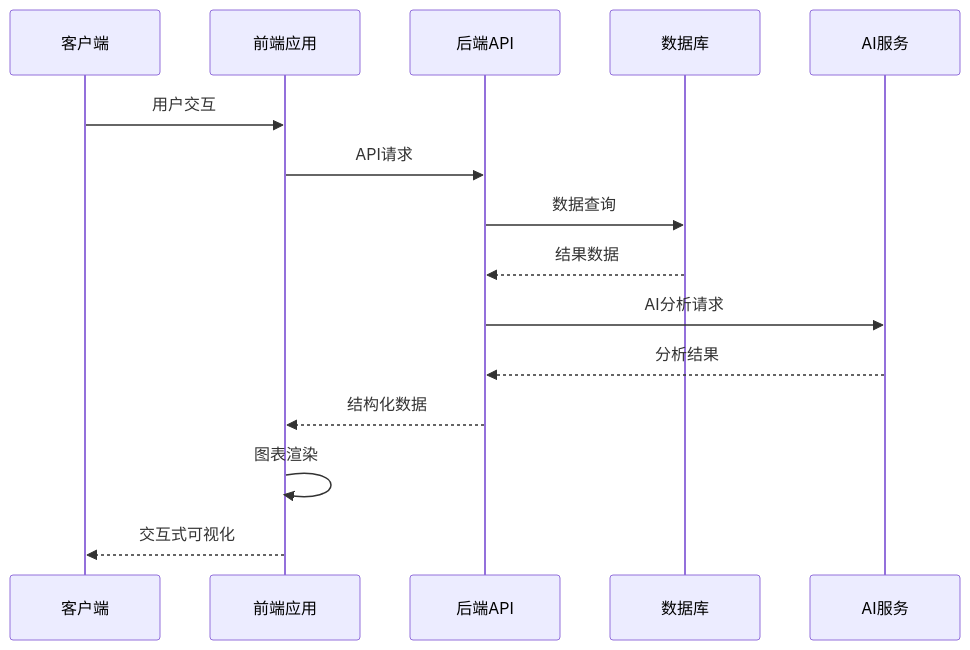
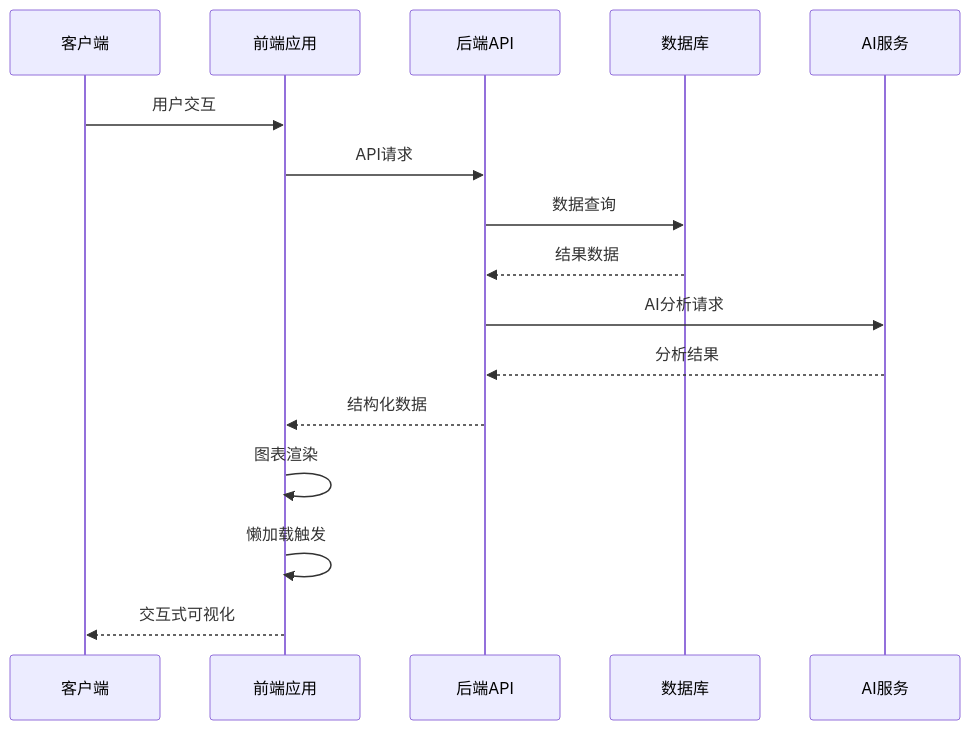
The second of 8 diagrams in .qoder/repowiki/zh/content/投资组合管理/前端集成与展示/高级图表可视化.md (breeze-lyf/ai-stock-advisor), drawn with Mermaid before and after one commit. The commit also changed other lines of this file and 122 other files, not shown here.

````diff
--- a/.qoder/repowiki/zh/content/投资组合管理/前端集成与展示/高级图表可视化.md
+++ b/.qoder/repowiki/zh/content/投资组合管理/前端集成与展示/高级图表可视化.md
@@ -121,17 +131,18 @@
 ```mermaid
 sequenceDiagram
 participant Client as 客户端
 participant Frontend as 前端应用
 participant Backend as 后端API
 participant Database as 数据库
 participant AI as AI服务
 Client->>Frontend : 用户交互
 Frontend->>Backend : API请求
 Backend->>Database : 数据查询
 Database-->>Backend : 结果数据
 Backend->>AI : AI分析请求
 AI-->>Backend : 分析结果
 Backend-->>Frontend : 结构化数据
 Frontend->>Frontend : 图表渲染
+Frontend->>Frontend : 懒加载触发
 Frontend-->>Client : 交互式可视化
 ```
````
